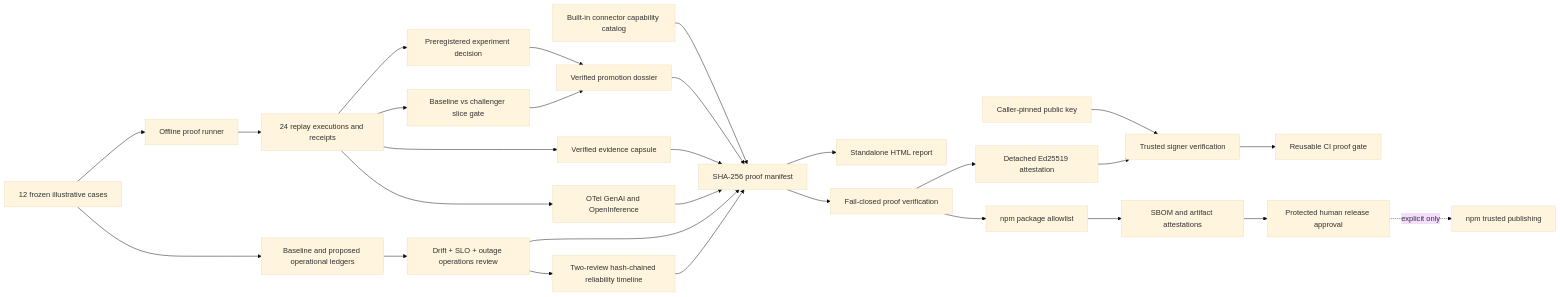
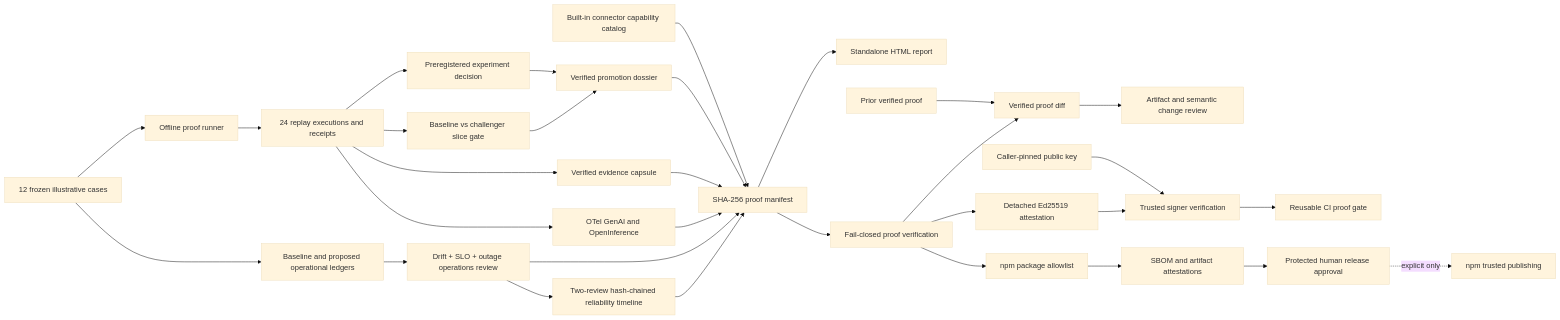
One commit to abhid1234/AgentRoute changed the second of 2 diagrams in docs/architecture.md. Above: the diagram before and after it, drawn with Mermaid (base theme). The commit also changed other lines of this file and 5 other files, not shown here.

````diff
--- a/docs/architecture.md
+++ b/docs/architecture.md
@@ -163,30 +163,33 @@
 ```mermaid
 flowchart LR
   CASES[12 frozen illustrative cases] --> RUN[Offline proof runner]
   RUN --> RECEIPTS[24 replay executions and receipts]
   CASES --> OPLEDGERS[Baseline and proposed operational ledgers]
   RECEIPTS --> DECISION[Preregistered experiment decision]
   RECEIPTS --> GATE[Baseline vs challenger slice gate]
   DECISION --> DOSSIER[Verified promotion dossier]
   GATE --> DOSSIER
   RECEIPTS --> CAPSULE[Verified evidence capsule]
   RECEIPTS --> EXPORTS[OTel GenAI and OpenInference]
   OPLEDGERS --> OPS[Drift + SLO + outage operations review]
   OPS --> HISTORY[Two-review hash-chained reliability timeline]
   CATALOG[Built-in connector capability catalog] --> MANIFEST
   DOSSIER --> MANIFEST[SHA-256 proof manifest]
   CAPSULE --> MANIFEST
   EXPORTS --> MANIFEST
   OPS --> MANIFEST
   HISTORY --> MANIFEST
   MANIFEST --> REPORT[Standalone HTML report]
   MANIFEST --> VERIFY[Fail-closed proof verification]
+  PRIOR[Prior verified proof] --> DIFF[Verified proof diff]
+  VERIFY --> DIFF
+  DIFF --> REVIEW[Artifact and semantic change review]
   VERIFY --> SIGN[Detached Ed25519 attestation]
   PUBKEY[Caller-pinned public key] --> TRUST[Trusted signer verification]
   SIGN --> TRUST
   TRUST --> CIACTION[Reusable CI proof gate]
   VERIFY --> PACK[npm package allowlist]
   PACK --> SUPPLY[SBOM and artifact attestations]
   SUPPLY --> APPROVAL[Protected human release approval]
   APPROVAL -. explicit only .-> NPM[npm trusted publishing]
 ```
````
